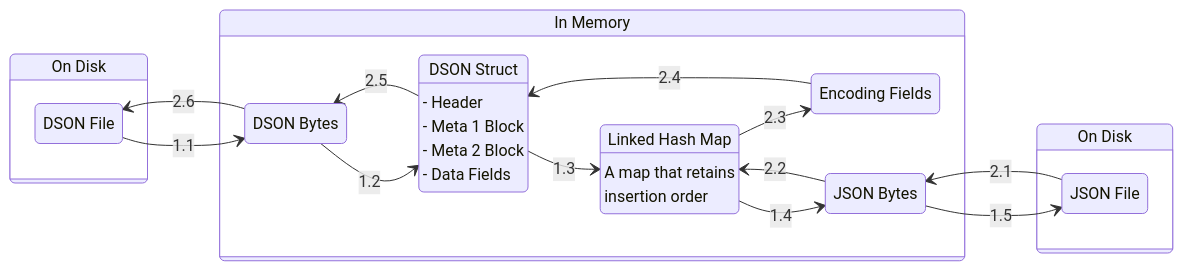
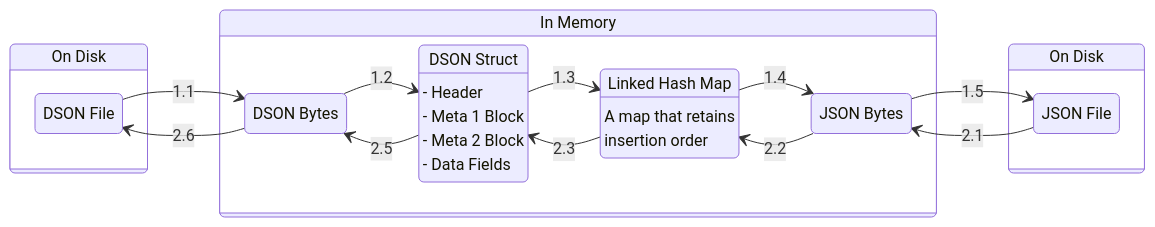
One commit to thanhnguyen2187/darkest-savior changed the second of 2 diagrams in docs/dson.md. Above: the diagram before and after it, drawn with Mermaid. The commit also changed other lines of this file, not shown here.

Commit message:
Update `dson.md` on removing `encoding_fields`

````diff
--- a/docs/dson.md
+++ b/docs/dson.md
@@ -111,44 +111,42 @@
 ```mermaid
 stateDiagram-v2
 direction LR
 
 in_mem: In Memory
 on_disk: On Disk
 on_disk_2: On Disk
 
 state on_disk {
   dson_file: DSON File
   dson_bytes: DSON Bytes
 
   dson_file --> dson_bytes: 1.1
   dson_bytes --> dson_file: 2.6
 }
 
 state in_mem {
   dson_struct: DSON Struct
   dson_struct: - Header
   dson_struct: - Meta 1 Block
   dson_struct: - Meta 2 Block
   dson_struct: - Data Fields
   linked_hash_map: Linked Hash Map
   linked_hash_map: A map that retains
   linked_hash_map: insertion order
-  encoding_fields: Encoding Fields
   json_bytes: JSON Bytes
 
   dson_bytes --> dson_struct: 1.2
   dson_struct --> linked_hash_map: 1.3
   linked_hash_map --> json_bytes: 1.4
   json_bytes --> json_file: 1.5
   
   json_file --> json_bytes: 2.1
   json_bytes --> linked_hash_map: 2.2
-  linked_hash_map --> encoding_fields: 2.3
-  encoding_fields --> dson_struct: 2.4
+  linked_hash_map --> dson_struct: 2.3
   dson_struct --> dson_bytes: 2.5
 }
 
 state on_disk_2 {
   json_file: JSON File
 }
 ```
````
